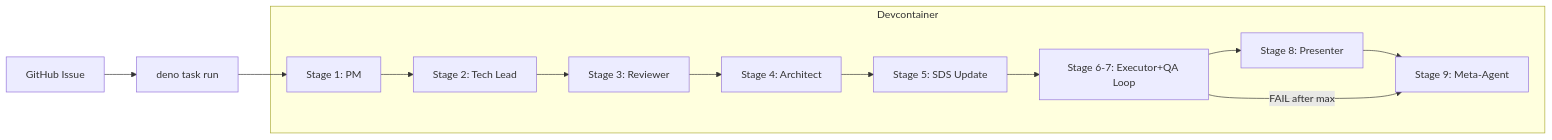
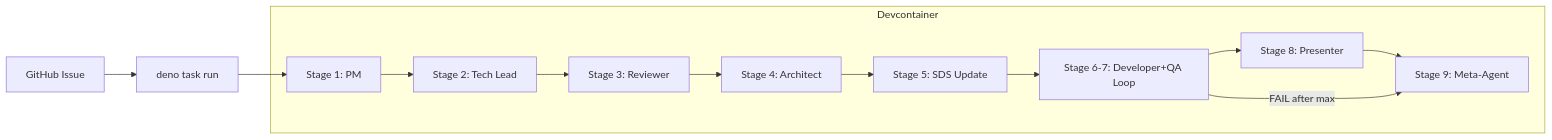
One commit to korchasa/auto-flow changed the first of 3 diagrams in documents/design.md. Above: the diagram before and after it, drawn with Mermaid. The commit also changed other lines of this file and 17 other files, not shown here.

First line of the commit message:
Rename executor → developer across codebase (#52) (#65)

````diff
--- a/documents/design.md
+++ b/documents/design.md
@@ -16,17 +16,17 @@
 ```mermaid
 graph LR
     Issue["GitHub Issue"] --> CLI["deno task run"]
     CLI --> S1["Stage 1: PM"]
     S1 --> S2["Stage 2: Tech Lead"]
     S2 --> S3["Stage 3: Reviewer"]
     S3 --> S4["Stage 4: Architect"]
     S4 --> S5["Stage 5: SDS Update"]
-    S5 --> S6["Stage 6-7: Executor+QA Loop"]
+    S5 --> S6["Stage 6-7: Developer+QA Loop"]
     S6 --> S8["Stage 8: Presenter"]
     S8 --> S9["Stage 9: Meta-Agent"]
     S6 -->|"FAIL after max"| S9
 
     subgraph Devcontainer["Devcontainer"]
         S1; S2; S3; S4; S5; S6; S8; S9
     end
 ```
````
